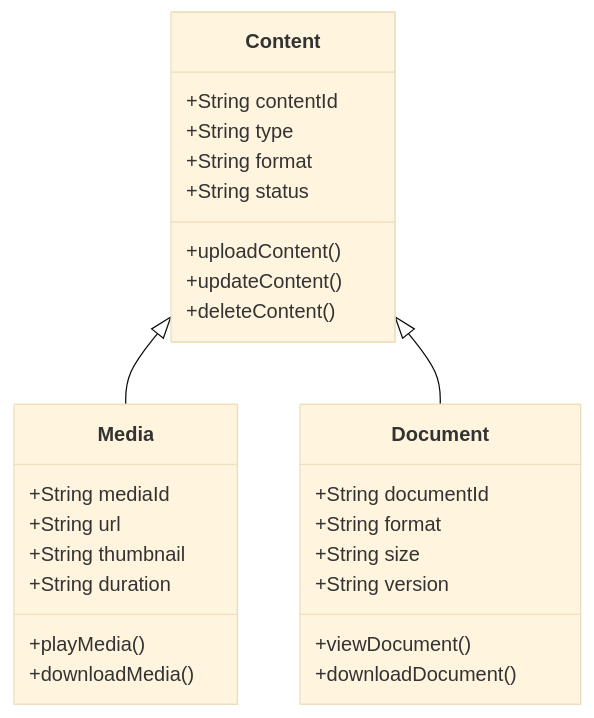
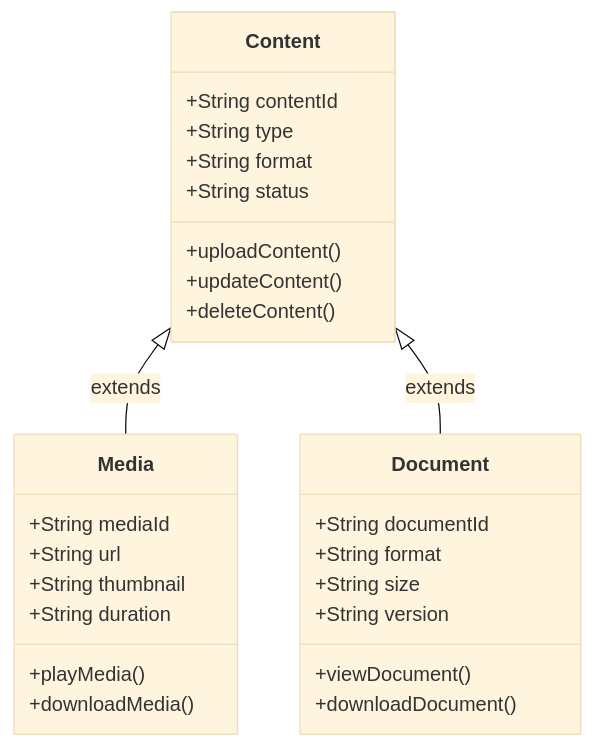
Before and after one commit to leomultimedia/LCT-LMS: the fifth of 20 diagrams in LCT-SystemDesign/Functional_Architecture.md, drawn with Mermaid (base theme). The commit also changed other lines of this file, not shown here.

Commit message:
Fixed graph errors

````diff
--- a/LCT-SystemDesign/Functional_Architecture.md
+++ b/LCT-SystemDesign/Functional_Architecture.md
@@ -163,33 +170,33 @@
 ```mermaid
 classDiagram
     class Content {
         +String contentId
         +String type
         +String format
         +String status
         +uploadContent()
         +updateContent()
         +deleteContent()
     }
     
     class Media {
         +String mediaId
         +String url
         +String thumbnail
         +String duration
         +playMedia()
         +downloadMedia()
     }
     
     class Document {
         +String documentId
         +String format
         +String size
         +String version
         +viewDocument()
         +downloadDocument()
     }
     
-    Content <|-- Media
-    Content <|-- Document
+    Content <|-- Media : extends
+    Content <|-- Document : extends
 ```
````
